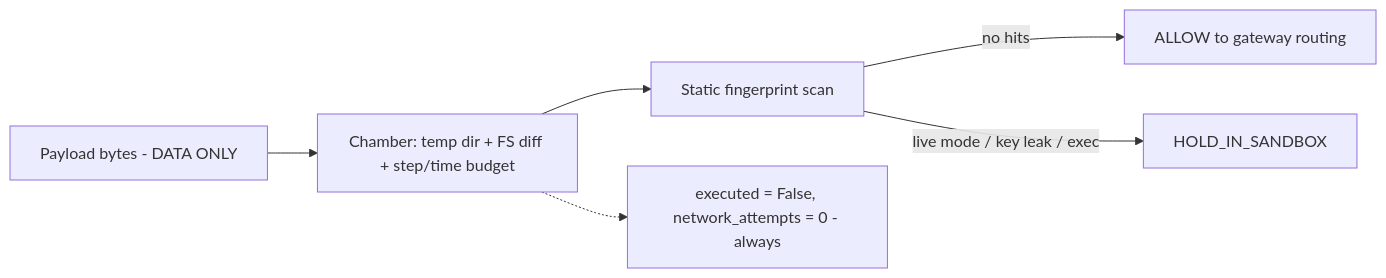
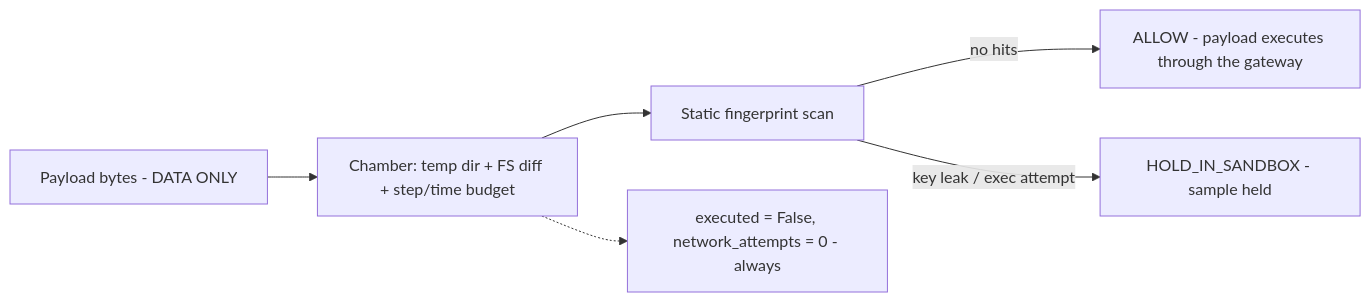
The second of 6 diagrams in README.md (kimanicollier44-cmyk/omni-agent-traderx), drawn with Mermaid before and after one commit. The commit also changed other lines of this file and 3 other files, not shown here.

Commit message:
omni-agent-traderx: FULLY FUNCTIONAL - real keccak/secp256k1 signing, x402 facilitator verify/settle, ERC-8004 registration tx, live HFT/Coinbase/Reddit/RPC paths, honeypot listener, live-status config gates (no HOLD stubs)

````diff
--- a/README.md
+++ b/README.md
@@ -151,8 +164,8 @@
 ```mermaid
 flowchart LR
     A[Payload bytes - DATA ONLY] --> B[Chamber: temp dir + FS diff + step/time budget]
     B --> C[Static fingerprint scan]
-    C -->|no hits| D[ALLOW to gateway routing]
-    C -->|live mode / key leak / exec| E[HOLD_IN_SANDBOX]
+    C -->|no hits| D[ALLOW - payload executes through the gateway]
+    C -->|key leak / exec attempt| E[HOLD_IN_SANDBOX - sample held]
     B -.-> F[executed = False, network_attempts = 0 - always]
 ```
````
